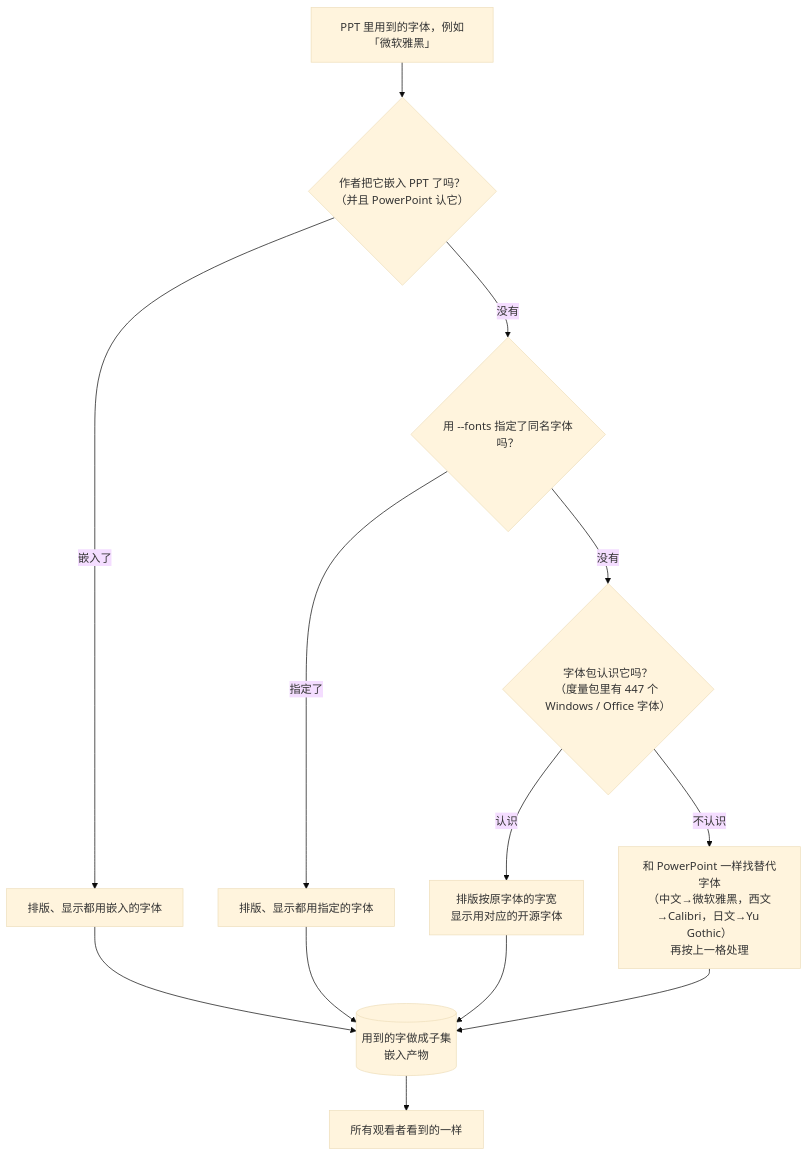
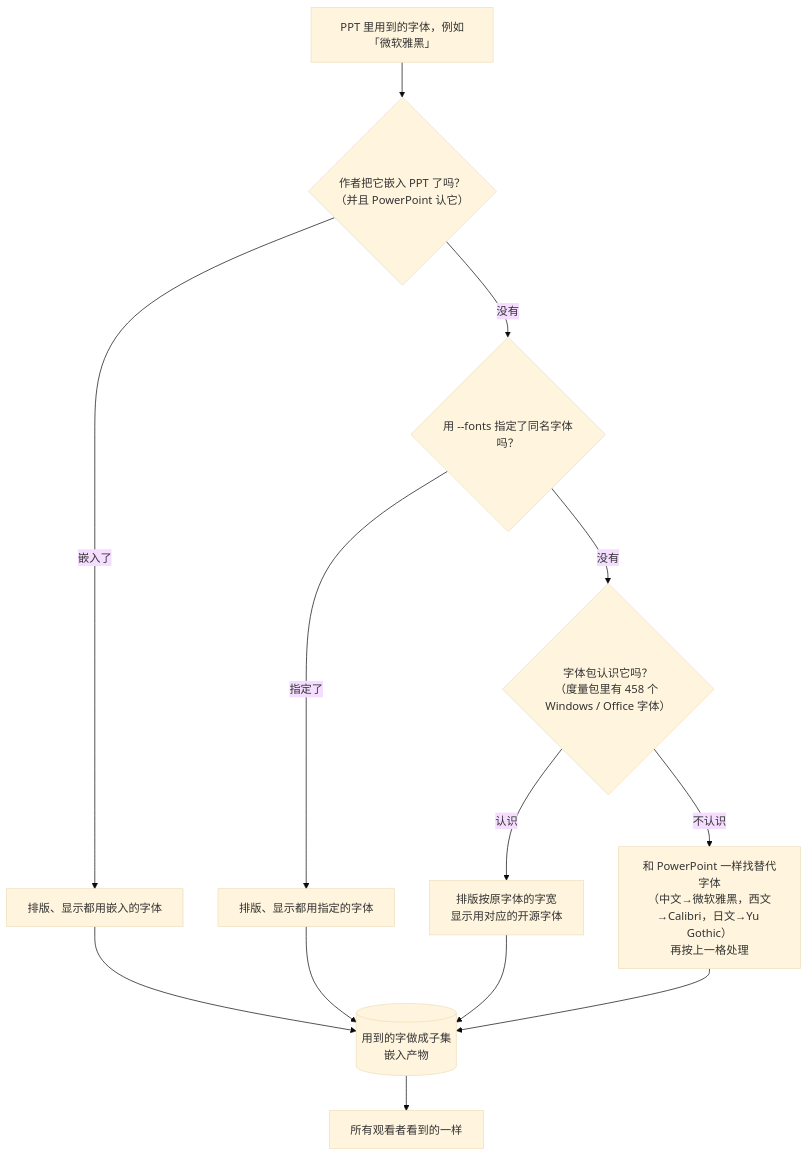
The fifth of 5 diagrams in docs/zh/getting-started.md (spitmaster/unppt), drawn with Mermaid (base theme) before and after one commit. The commit also changed other lines of this file and 28 other files, not shown here.

````diff
--- a/docs/zh/getting-started.md
+++ b/docs/zh/getting-started.md
@@ -405,15 +405,15 @@
 ```mermaid
 flowchart TD
   F["PPT 里用到的字体，例如「微软雅黑」"] --> E{"作者把它嵌入 PPT 了吗？<br/>（并且 PowerPoint 认它）"}
   E -->|"嵌入了"| EMB["排版、显示都用嵌入的字体"]
   E -->|"没有"| S{"用 --fonts 指定了同名字体吗？"}
   S -->|"指定了"| SPEC["排版、显示都用指定的字体"]
-  S -->|"没有"| K{"字体包认识它吗？<br/>（度量包里有 447 个 Windows / Office 字体）"}
+  S -->|"没有"| K{"字体包认识它吗？<br/>（度量包里有 458 个 Windows / Office 字体）"}
   K -->|"认识"| DEF["排版按原字体的字宽<br/>显示用对应的开源字体"]
   K -->|"不认识"| SUB["和 PowerPoint 一样找替代字体<br/>（中文→微软雅黑，西文→Calibri，日文→Yu Gothic）<br/>再按上一格处理"]
   EMB --> OUT[("用到的字做成子集<br/>嵌入产物")]
   SPEC --> OUT
   DEF --> OUT
   SUB --> OUT
   OUT --> V["所有观看者看到的一样"]
 ```
````
